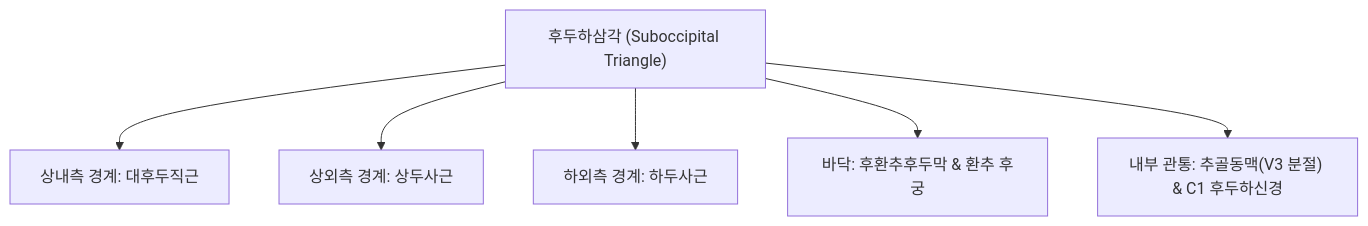
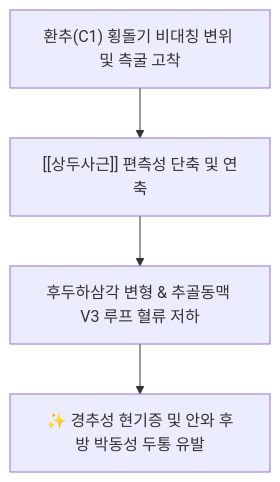
Before and after one commit to simbio11/simbio-digital-garden2: the first of 2 diagrams in content/1. 근골격계 공부/근육/(2) 경부/상두사근.md, drawn with Mermaid. The commit also changed other lines of this file and 487 other files, not shown here.

````diff
--- a/content/1. 근골격계 공부/근육/(2) 경부/상두사근.md
+++ b/content/1. 근골격계 공부/근육/(2) 경부/상두사근.md
@@ -35,8 +42,6 @@
 ```mermaid
 graph TD
-    Triangle["후두하삼각 (Suboccipital Triangle)"] --> Superomedial["상내측 경계: 대후두직근"]
-    Triangle --> Superolateral["상외측 경계: 상두사근"]
-    Triangle --> Inferolateral["하외측 경계: 하두사근"]
-    Triangle --> Floor["바닥: 후환추후두막 & 환추 후궁"]
-    Triangle --> Contents["내부 관통: 추골동맥(V3 분절) & C1 후두하신경"]
+    AtlasSubluxation["환추(C1) 횡돌기 비대칭 변위 및 측굴 고착"] --> SuperiorSpasm["[[상두사근]] 편측성 단축 및 연축"]
+    SuperiorSpasm --> TriangleDistortion["후두하삼각 변형 & 추골동맥 V3 루프 혈류 저하"]
+    TriangleDistortion --> CervicogenicDizziness["✨ 경추성 현기증 및 안와 후방 박동성 두통 유발"]
 ```
````
